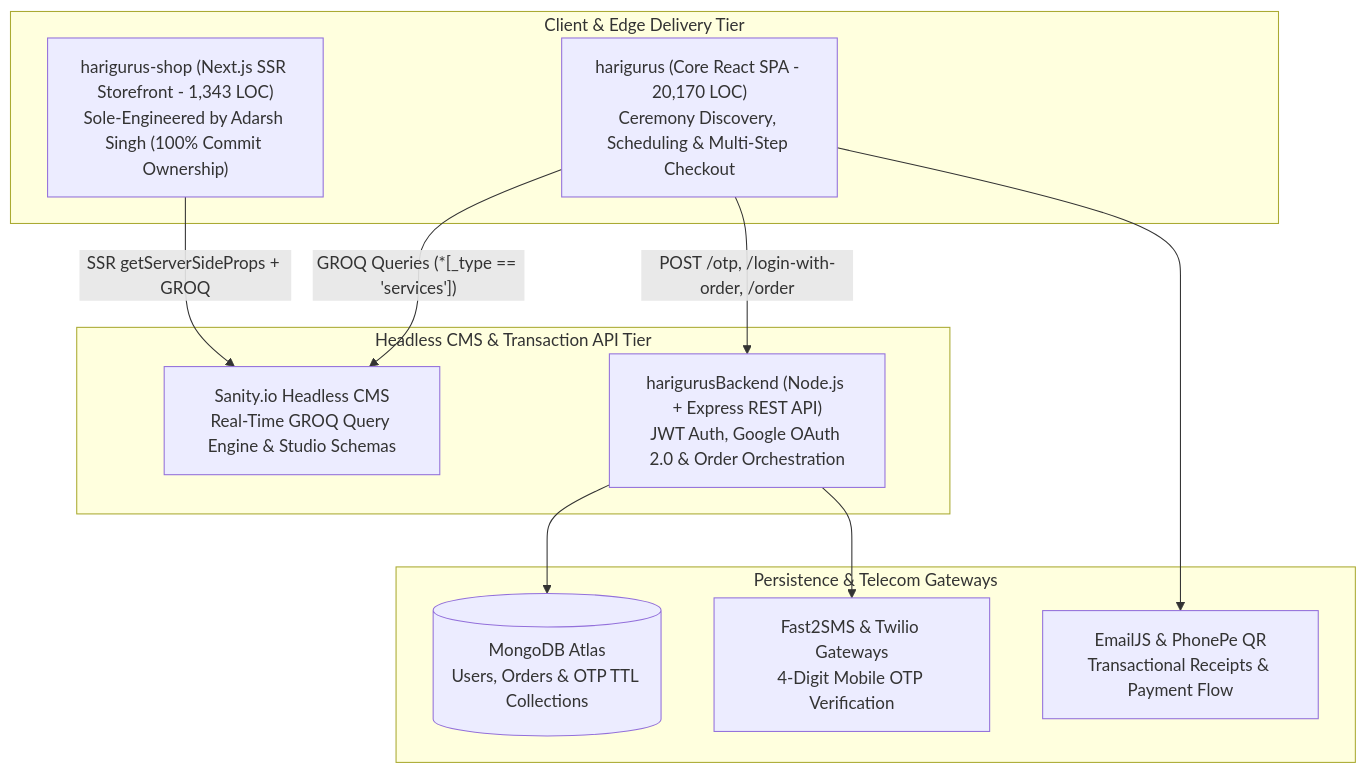
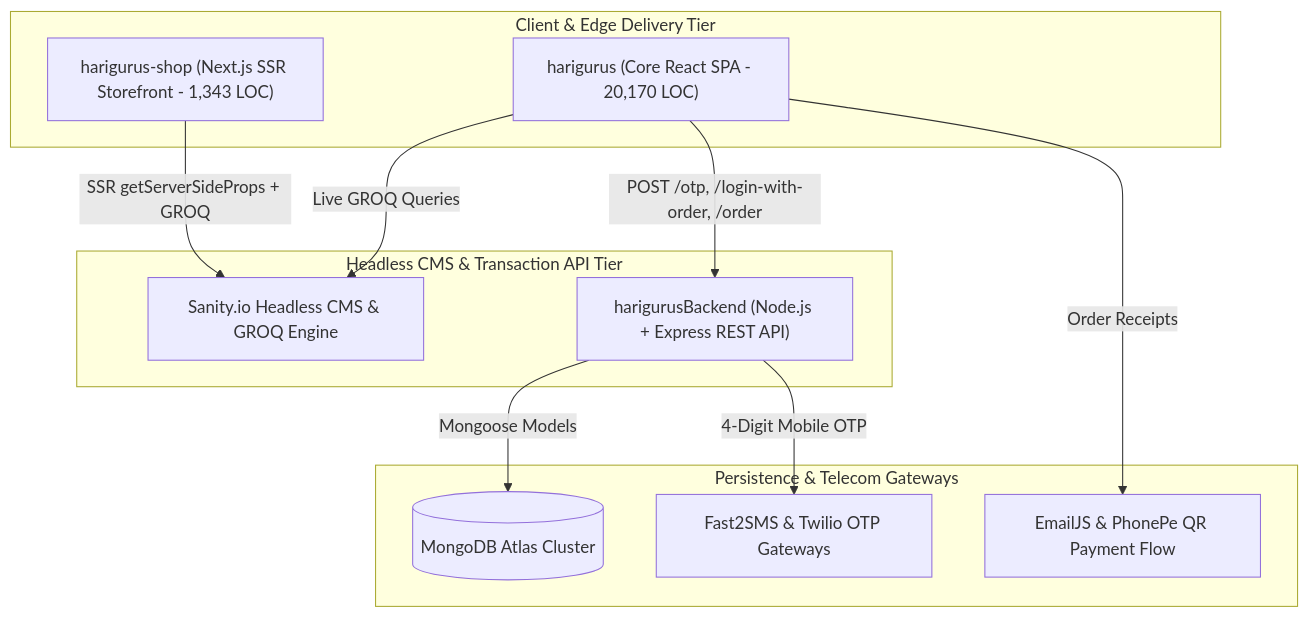
Before and after one commit to adarshbam/harigurus-enterprise-architecture: the diagram in README.md, drawn with Mermaid. The commit also changed other lines of this file and 1 other file, not shown here.

Commit message:
docs: fix GitHub Mermaid rendering and focus strictly on Harigurus 3-repo ecosystem

````diff
--- a/README.md
+++ b/README.md
@@ -22,25 +21,25 @@
 ```mermaid
 flowchart TD
     subgraph ClientTier ["Client & Edge Delivery Tier"]
-        MainApp["harigurus (Core React SPA - 20,170 LOC)\nCeremony Discovery, Scheduling & Multi-Step Checkout"]
-        ShopApp["harigurus-shop (Next.js SSR Storefront - 1,343 LOC)\nSole-Engineered by Adarsh Singh (100% Commit Ownership)"]
+        MainApp["harigurus (Core React SPA - 20,170 LOC)"]
+        ShopApp["harigurus-shop (Next.js SSR Storefront - 1,343 LOC)"]
     end
 
     subgraph ContentAndAPITier ["Headless CMS & Transaction API Tier"]
-        SanityCMS["Sanity.io Headless CMS\nReal-Time GROQ Query Engine & Studio Schemas"]
-        ExpressAPI["harigurusBackend (Node.js + Express REST API)\nJWT Auth, Google OAuth 2.0 & Order Orchestration"]
+        SanityCMS["Sanity.io Headless CMS & GROQ Engine"]
+        ExpressAPI["harigurusBackend (Node.js + Express REST API)"]
     end
 
     subgraph DataAndThirdParty ["Persistence & Telecom Gateways"]
-        MongoAtlas[("MongoDB Atlas\nUsers, Orders & OTP TTL Collections")]
-        SMSGateway["Fast2SMS & Twilio Gateways\n4-Digit Mobile OTP Verification"]
-        EmailGateway["EmailJS & PhonePe QR\nTransactional Receipts & Payment Flow"]
+        MongoAtlas[("MongoDB Atlas Cluster")]
+        SMSGateway["Fast2SMS & Twilio OTP Gateways"]
+        EmailGateway["EmailJS & PhonePe QR Payment Flow"]
     end
 
-    MainApp -->|"GROQ Queries (*[_type == 'services'])"| SanityCMS
+    MainApp -->|"Live GROQ Queries"| SanityCMS
     ShopApp -->|"SSR getServerSideProps + GROQ"| SanityCMS
     MainApp -->|"POST /otp, /login-with-order, /order"| ExpressAPI
-    ExpressAPI --> MongoAtlas
-    ExpressAPI --> SMSGateway
-    MainApp --> EmailGateway
+    ExpressAPI -->|"Mongoose Models"| MongoAtlas
+    ExpressAPI -->|"4-Digit Mobile OTP"| SMSGateway
+    MainApp -->|"Order Receipts"| EmailGateway
 ```
````
